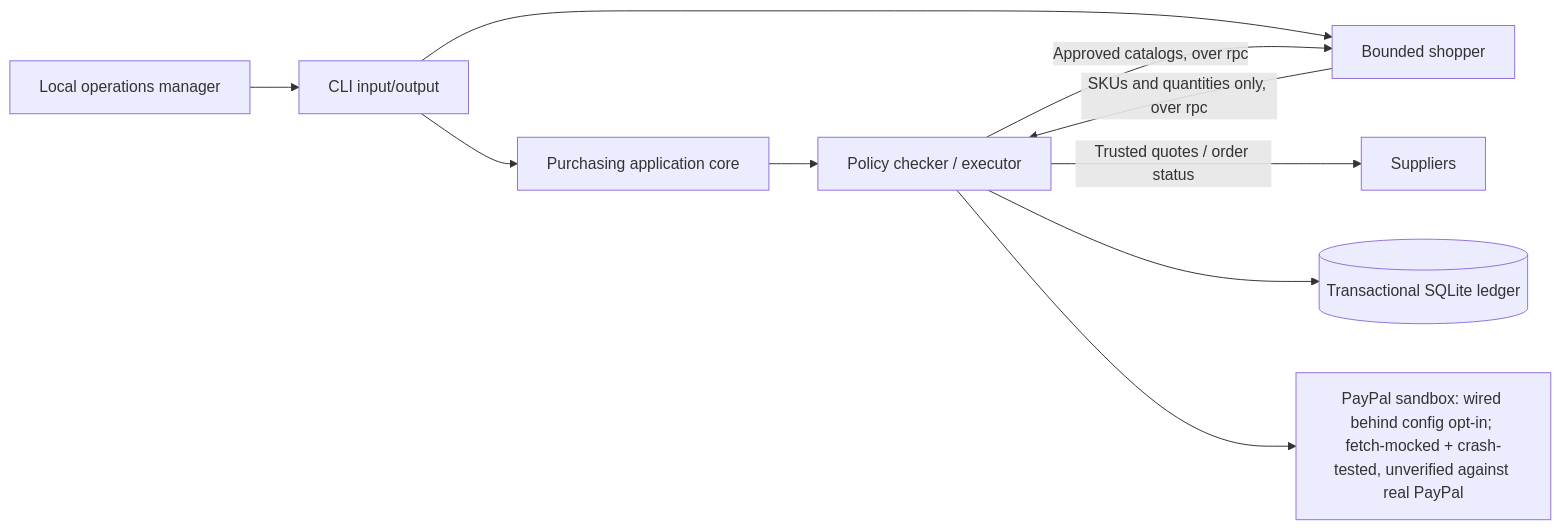
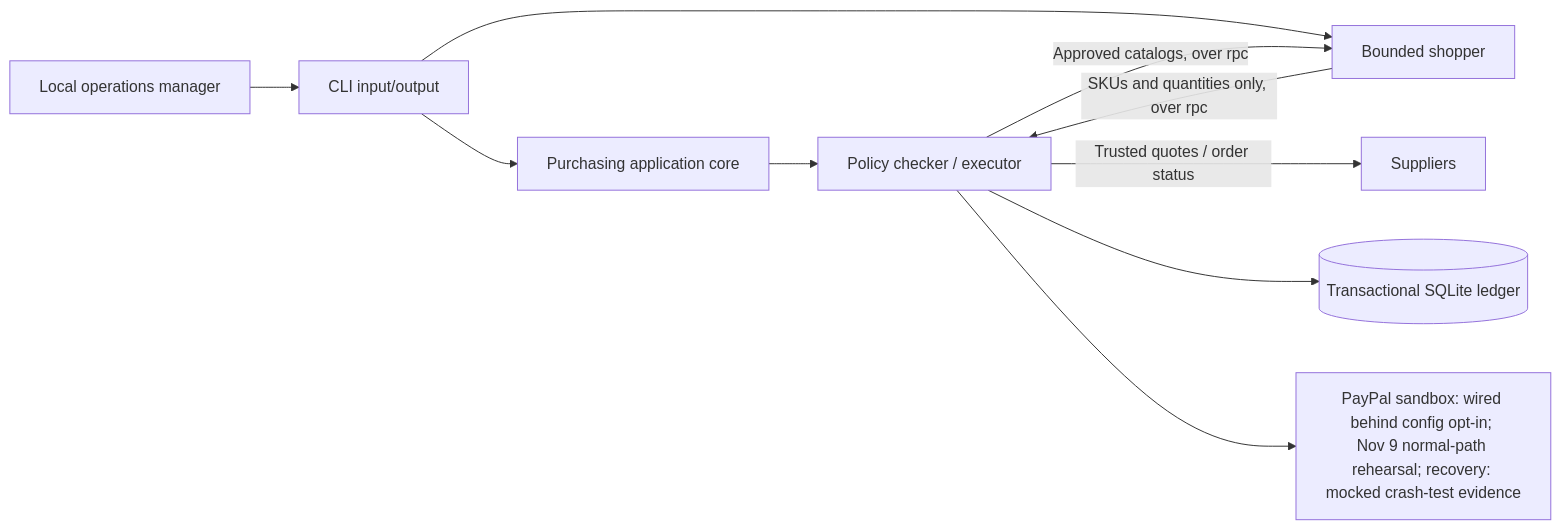
Before and after one commit to pranavpillaiNUS/Purse-Strings: the first of 2 diagrams in docs/architecture.md, drawn with Mermaid. The commit also changed other lines of this file and 8 other files, not shown here.

Commit message:
docs: record the Nov 9 sandbox rehearsal with proof limits

````diff
--- a/docs/architecture.md
+++ b/docs/architecture.md
@@ -5,12 +5,12 @@
 ```mermaid
 flowchart LR
   Human[Local operations manager] --> CLI[CLI input/output]
   CLI --> Core[Purchasing application core]
   Core --> Checker
   CLI --> Agent[Bounded shopper]
   Agent -->|SKUs and quantities only, over rpc| Checker[Policy checker / executor]
   Checker -->|Approved catalogs, over rpc| Agent
   Checker -->|Trusted quotes / order status| Suppliers
   Checker --> Ledger[(Transactional SQLite ledger)]
-  Checker --> PayPal[PayPal sandbox: wired behind config opt-in; <br/>fetch-mocked + crash-tested, unverified against real PayPal]
+  Checker --> PayPal[PayPal sandbox: wired behind config opt-in; <br/>Nov 9 normal-path rehearsal; recovery: mocked crash-test evidence]
 ```
````
